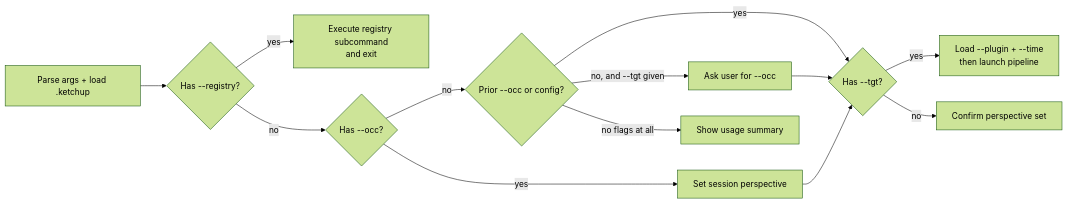
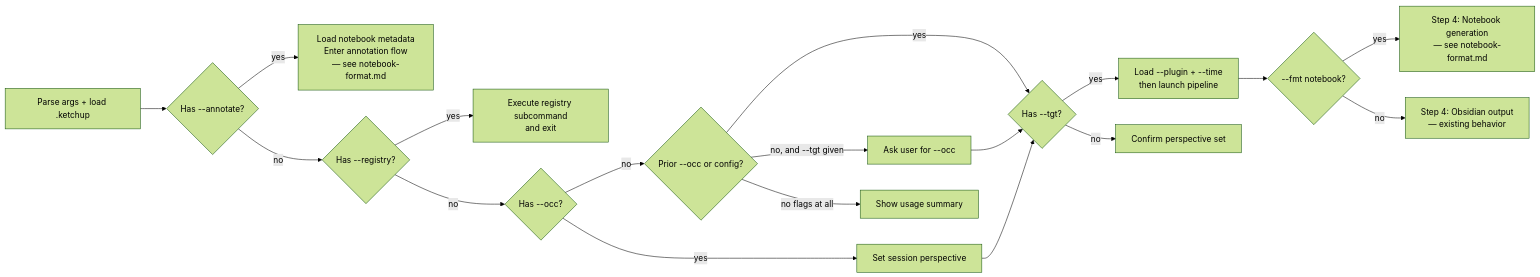
The diagram in skills/ketchup/SKILL.md (RCellar/ketchup), drawn with Mermaid (forest theme) before and after one commit. The commit also changed other lines of this file, not shown here.

Commit message:
feat: update routing flowchart for --annotate and --fmt notebook
- Add --annotate as early branch (standalone mode)
- Add --fmt notebook fork at Step 4 for notebook generation
- Add three new bullet points for flag behaviors
- Flowchart and descriptions now consistent

````diff
--- a/skills/ketchup/SKILL.md
+++ b/skills/ketchup/SKILL.md
@@ -80,15 +80,20 @@
 ```mermaid
 flowchart LR
-    A[Parse args + load .ketchup] --> R{Has --registry?}
+    A[Parse args + load .ketchup] --> AN{Has --annotate?}
+    AN -->|yes| ANN[Load notebook metadata\nEnter annotation flow\n— see notebook-format.md]
+    AN -->|no| R{Has --registry?}
     R -->|yes| S[Execute registry subcommand\nand exit]
     R -->|no| B{Has --occ?}
     B -->|yes| C[Set session perspective]
     B -->|no| D{Prior --occ or config?}
     D -->|yes| E{Has --tgt?}
     D -->|no, and --tgt given| F[Ask user for --occ]
     D -->|no flags at all| G[Show usage summary]
     F --> E
     C --> E{Has --tgt?}
     E -->|yes| H[Load --plugin + --time\nthen launch pipeline]
     E -->|no| I[Confirm perspective set]
+    H --> H4{--fmt notebook?}
+    H4 -->|yes| NB[Step 4: Notebook generation\n— see notebook-format.md]
+    H4 -->|no| OB[Step 4: Obsidian output\n— existing behavior]
 ```
````
